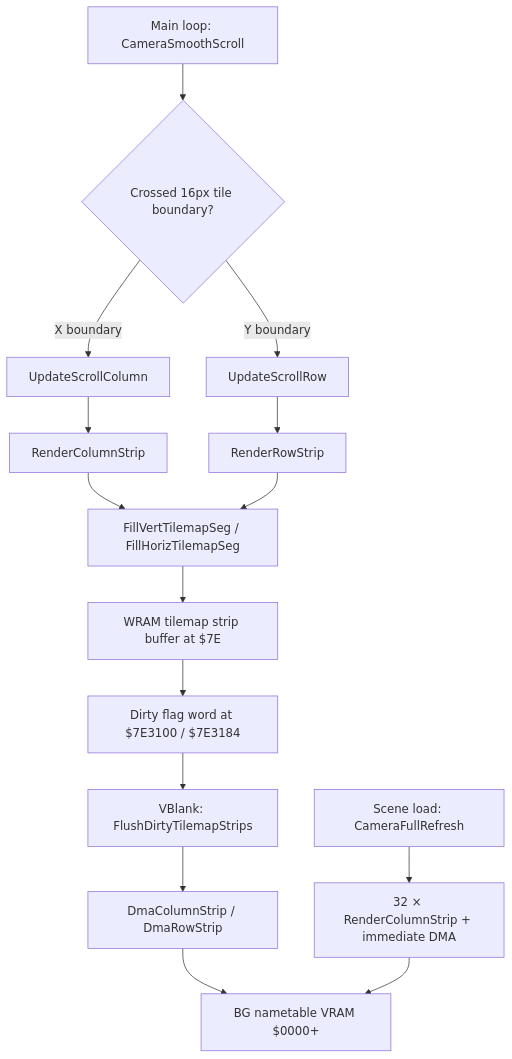
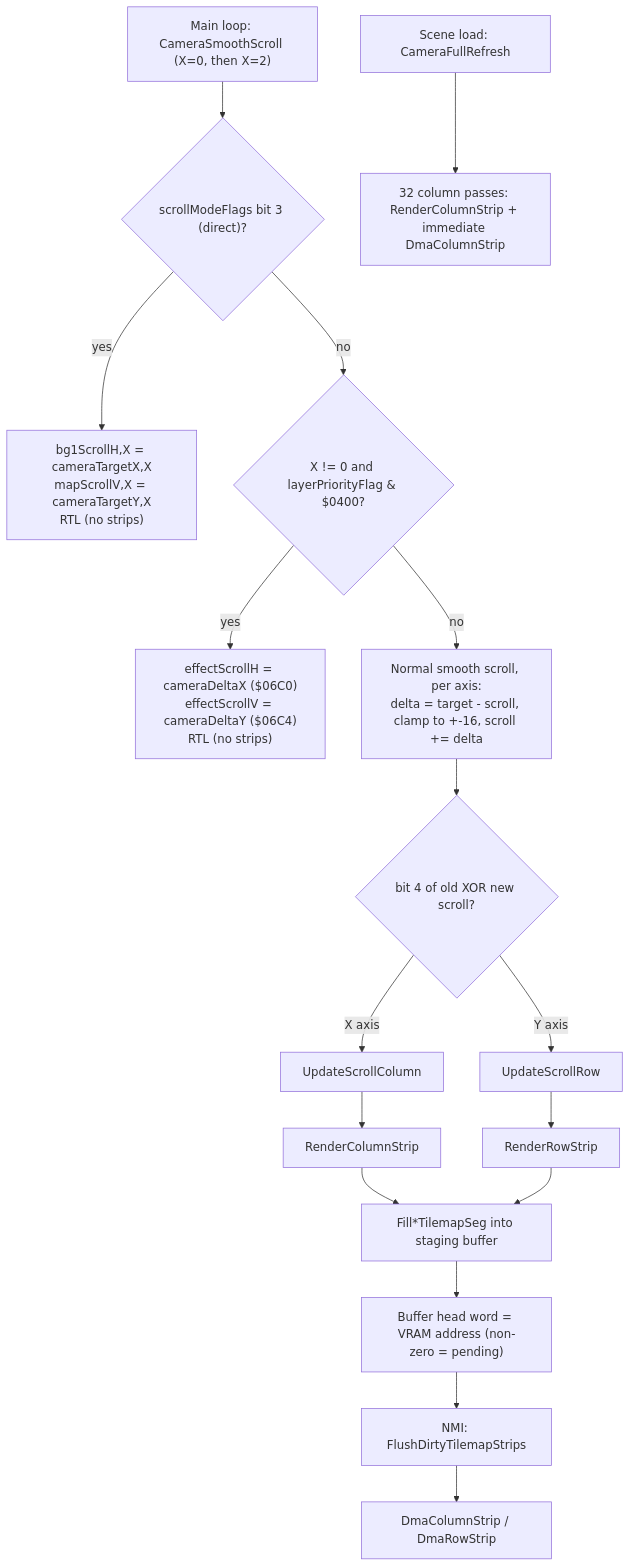
One commit to Azarem/gaia-iog-baserom changed the first of 2 diagrams in docs/code/bank02/camera-scrolling.md. Above: the diagram before and after it, drawn with Mermaid. The commit also changed other lines of this file and 20 other files, not shown here.

````diff
--- a/docs/code/bank02/camera-scrolling.md
+++ b/docs/code/bank02/camera-scrolling.md
@@ -77,17 +115,17 @@
 ```mermaid
 flowchart TD
-    A[Main loop: CameraSmoothScroll] --> B{Crossed 16px tile boundary?}
-    B -->|X boundary| C[UpdateScrollColumn]
-    B -->|Y boundary| D[UpdateScrollRow]
-    C --> E[RenderColumnStrip]
-    D --> F[RenderRowStrip]
-    E --> G[FillVertTilemapSeg / FillHorizTilemapSeg]
-    F --> G
-    G --> H[WRAM tilemap strip buffer at $7E]
-    H --> I[Dirty flag word at $7E3100 / $7E3184]
-    I --> J[VBlank: FlushDirtyTilemapStrips]
-    J --> K[DmaColumnStrip / DmaRowStrip]
-    K --> L[BG nametable VRAM $0000+]
-    M[Scene load: CameraFullRefresh] --> N[32 × RenderColumnStrip + immediate DMA]
-    N --> L
+    A["Main loop: CameraSmoothScroll (X=0, then X=2)"] --> B{"scrollModeFlags bit 3 (direct)?"}
+    B -->|yes| B1["bg1ScrollH,X = cameraTargetX,X<br/>mapScrollV,X = cameraTargetY,X<br/>RTL (no strips)"]
+    B -->|no| C{"X != 0 and layerPriorityFlag & $0400?"}
+    C -->|yes| C1["effectScrollH = cameraDeltaX ($06C0)<br/>effectScrollV = cameraDeltaY ($06C4)<br/>RTL (no strips)"]
+    C -->|no| D["Normal smooth scroll, per axis:<br/>delta = target - scroll, clamp to +-16, scroll += delta"]
+    D --> E{"bit 4 of old XOR new scroll?"}
+    E -->|X axis| F[UpdateScrollColumn] --> G[RenderColumnStrip]
+    E -->|Y axis| H[UpdateScrollRow] --> I[RenderRowStrip]
+    G --> J["Fill*TilemapSeg into staging buffer"]
+    I --> J
+    J --> K["Buffer head word = VRAM address (non-zero = pending)"]
+    K --> L["NMI: FlushDirtyTilemapStrips"]
+    L --> M[DmaColumnStrip / DmaRowStrip]
+    N["Scene load: CameraFullRefresh"] --> O["32 column passes: RenderColumnStrip + immediate DmaColumnStrip"]
 ```
````
